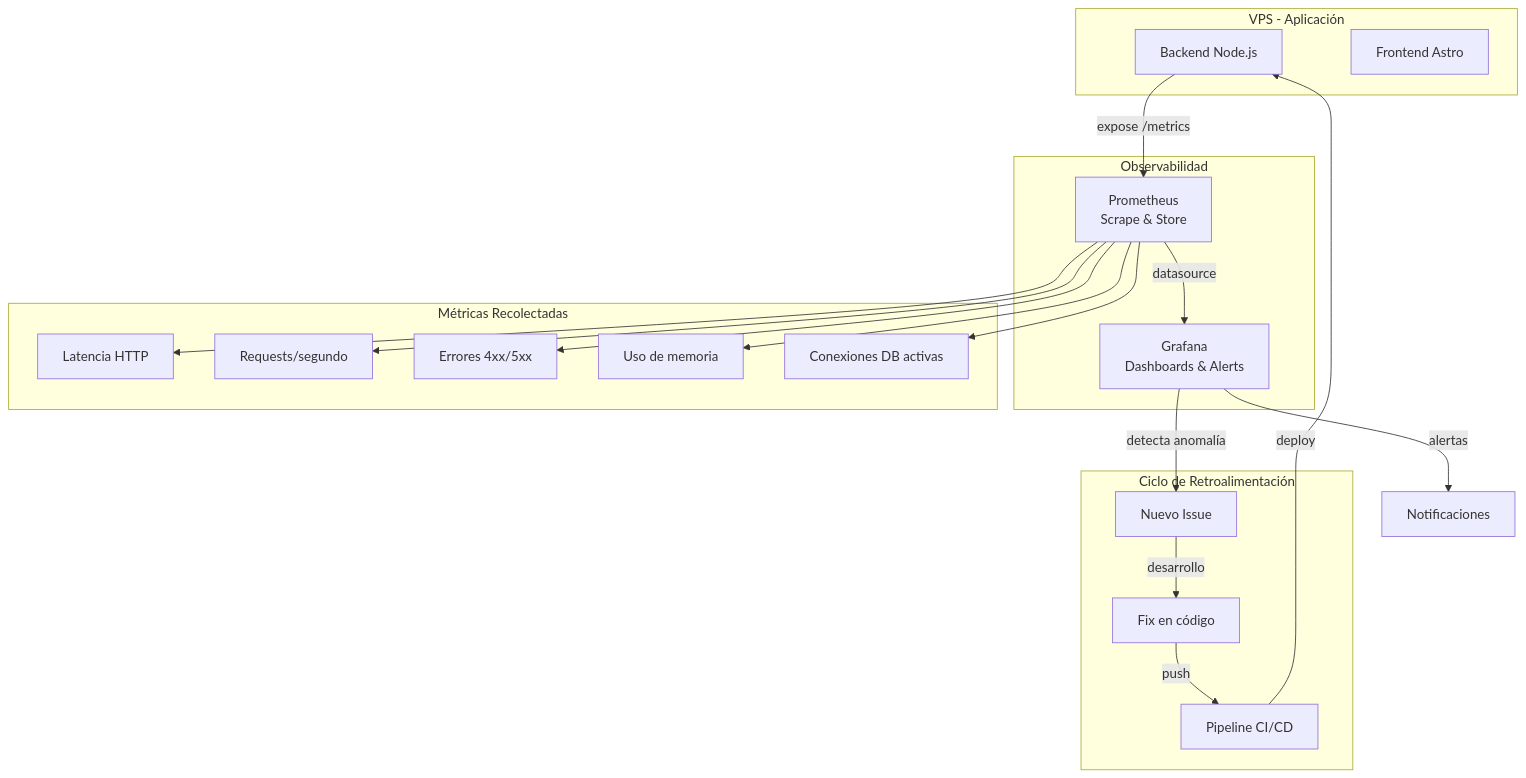
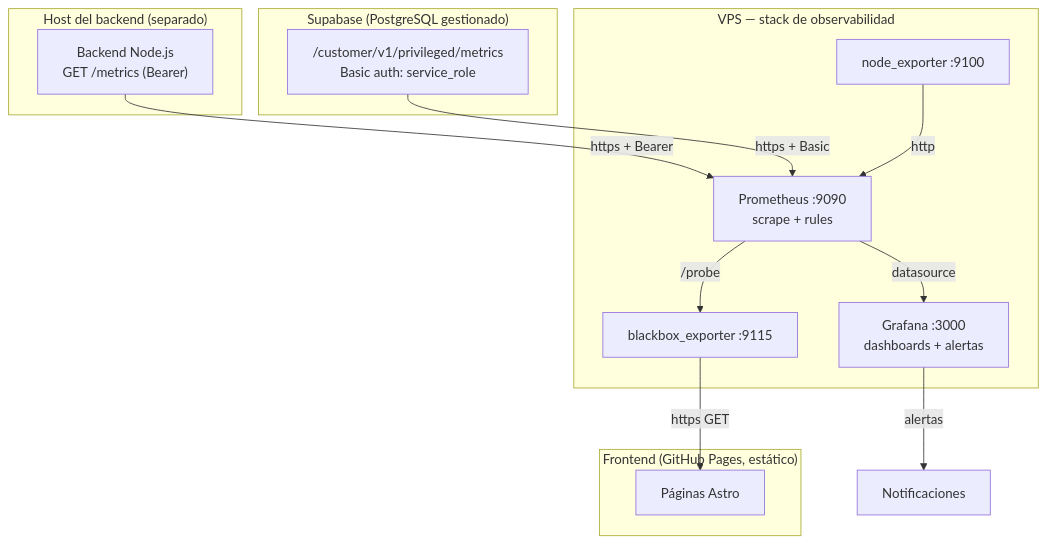
One commit to FilipaoVfx/indexer changed the first of 3 diagrams in docs/devops-architecture/diagrams/monitoring-diagram.md. Above: the diagram before and after it, drawn with Mermaid. The commit also changed other lines of this file and 19 other files, not shown here.

First line of the commit message:
Add Prometheus/Grafana observability stack

````diff
--- a/docs/devops-architecture/diagrams/monitoring-diagram.md
+++ b/docs/devops-architecture/diagrams/monitoring-diagram.md
@@ -3,37 +8,29 @@
 ```mermaid
 graph TB
-    subgraph VPS - Aplicación
-        BE[Backend Node.js]
-        FE[Frontend Astro]
+    subgraph APP["Host del backend (separado)"]
+        BE["Backend Node.js<br/>GET /metrics (Bearer)"]
     end
 
-    subgraph Observabilidad
-        PROM[Prometheus<br/>Scrape & Store]
-        GRAF[Grafana<br/>Dashboards & Alerts]
+    subgraph SUPA["Supabase (PostgreSQL gestionado)"]
+        SB["/customer/v1/privileged/metrics<br/>Basic auth: service_role"]
     end
 
-    subgraph Métricas Recolectadas
-        M1[Latencia HTTP]
-        M2[Requests/segundo]
-        M3[Errores 4xx/5xx]
-        M4[Uso de memoria]
-        M5[Conexiones DB activas]
+    subgraph FE["Frontend (GitHub Pages, estático)"]
+        WEB["Páginas Astro"]
     end
 
-    BE -->|expose /metrics| PROM
+    subgraph VPS["VPS — stack de observabilidad"]
+        NE["node_exporter :9100"]
+        BB["blackbox_exporter :9115"]
+        PROM["Prometheus :9090<br/>scrape + rules"]
+        GRAF["Grafana :3000<br/>dashboards + alertas"]
+    end
+
+    BE -->|https + Bearer| PROM
+    SB -->|https + Basic| PROM
+    NE -->|http| PROM
+    PROM -->|/probe| BB
+    BB -->|https GET| WEB
     PROM -->|datasource| GRAF
-    GRAF -->|alertas| NOTIFY[Notificaciones]
-
-    PROM --> M1
-    PROM --> M2
-    PROM --> M3
-    PROM --> M4
-    PROM --> M5
-
-    subgraph Ciclo de Retroalimentación
-        GRAF -->|detecta anomalía| ISSUE[Nuevo Issue]
-        ISSUE -->|desarrollo| FIX[Fix en código]
-        FIX -->|push| PIPELINE[Pipeline CI/CD]
-        PIPELINE -->|deploy| BE
-    end
+    GRAF -->|alertas| NOTIFY["Notificaciones"]
 ```
````
